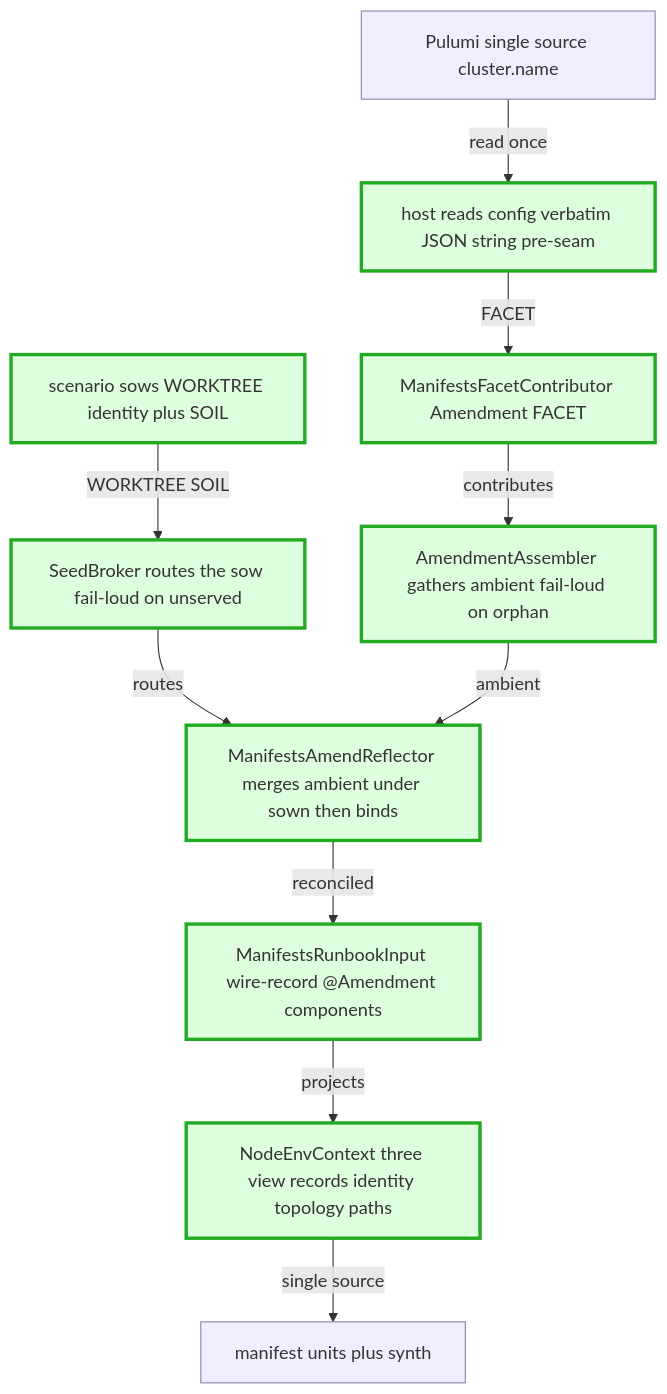
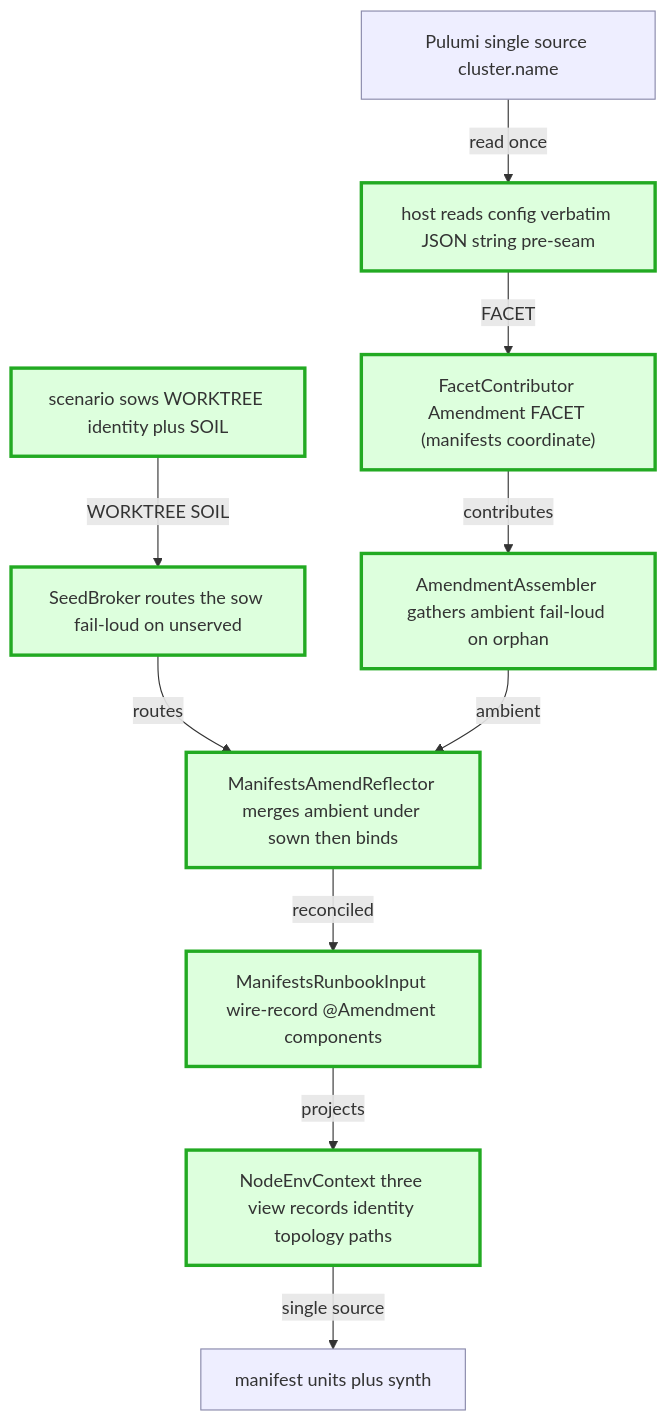
One commit to nxmatic/rke2lab changed the fourth of 4 diagrams in docs/architecture/atlas/config.adoc. Above: the diagram before and after it, drawn with Mermaid. The commit also changed 39 other files, not shown here.

```diff
--- a/docs/architecture/atlas/config.adoc
+++ b/docs/architecture/atlas/config.adoc
@@ -133,27 +133,27 @@
 [mermaid]
 ....
 flowchart TB
   pulumi["Pulumi single source cluster.name"]
   host["host reads config verbatim JSON string pre-seam"]
-  fac["ManifestsFacetContributor Amendment FACET"]
+  fac["FacetContributor Amendment FACET (manifests coordinate)"]
   sow["scenario sows WORKTREE identity plus SOIL"]
   asm["AmendmentAssembler gathers ambient fail-loud on orphan"]
   broker["SeedBroker routes the sow fail-loud on unserved"]
   refl["ManifestsAmendReflector merges ambient under sown then binds"]
   input["ManifestsRunbookInput wire-record @Amendment components"]
   views["NodeEnvContext three view records identity topology paths"]
   units["manifest units plus synth"]
   pulumi -->|read once| host
   host -->|FACET| fac
   fac -->|contributes| asm
   sow -->|WORKTREE SOIL| broker
   broker -->|routes| refl
   asm -->|ambient| refl
   refl -->|reconciled| input
   input -->|projects| views
   views -->|single source| units
   classDef built fill:#eef,stroke:#88a,stroke-width:1px;
   classDef neu fill:#dfd,stroke:#2a2,stroke-width:3px;
   class pulumi,units built;
   class host,fac,sow,asm,broker,refl,input,views neu;
 ....
```
